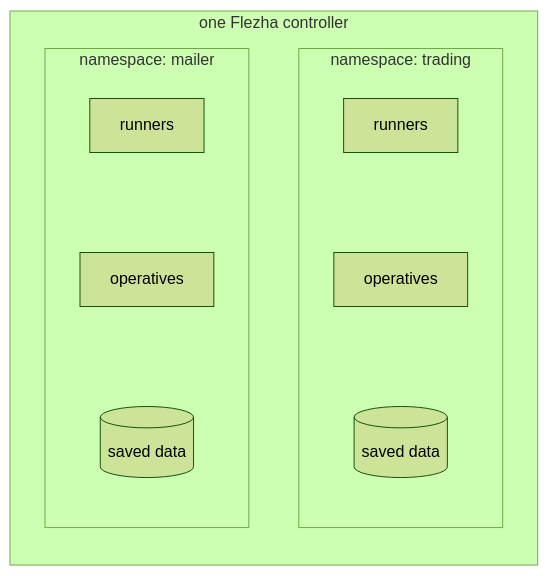
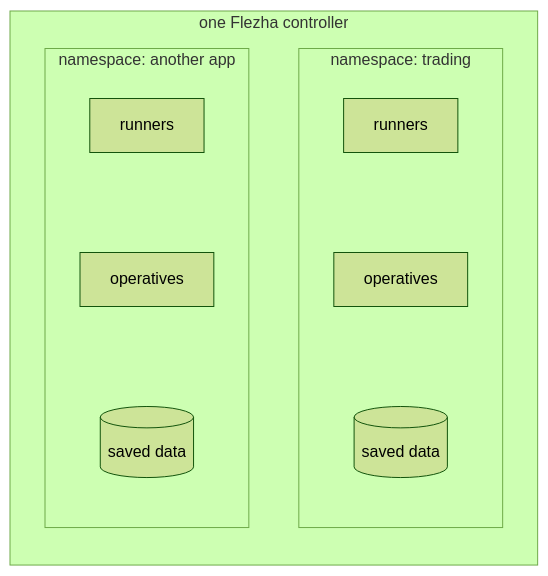
One commit to Flezha/flezha changed the diagram in docs/guides/tradedesk/namespaces.md. Above: the diagram before and after it, drawn with Mermaid (forest theme). The commit also changed other lines of this file and 4 other files, not shown here.

````diff
--- a/docs/guides/tradedesk/namespaces.md
+++ b/docs/guides/tradedesk/namespaces.md
@@ -21,13 +21,13 @@
 ```mermaid
 flowchart LR
     subgraph C["one Flezha controller"]
         subgraph T["namespace: trading"]
             direction TB
             T1["runners"] ~~~ T2["operatives"] ~~~ T3[("saved data")]
         end
-        subgraph M["namespace: mailer"]
+        subgraph M["namespace: another app"]
             direction TB
             M1["runners"] ~~~ M2["operatives"] ~~~ M3[("saved data")]
         end
     end
 ```
````
